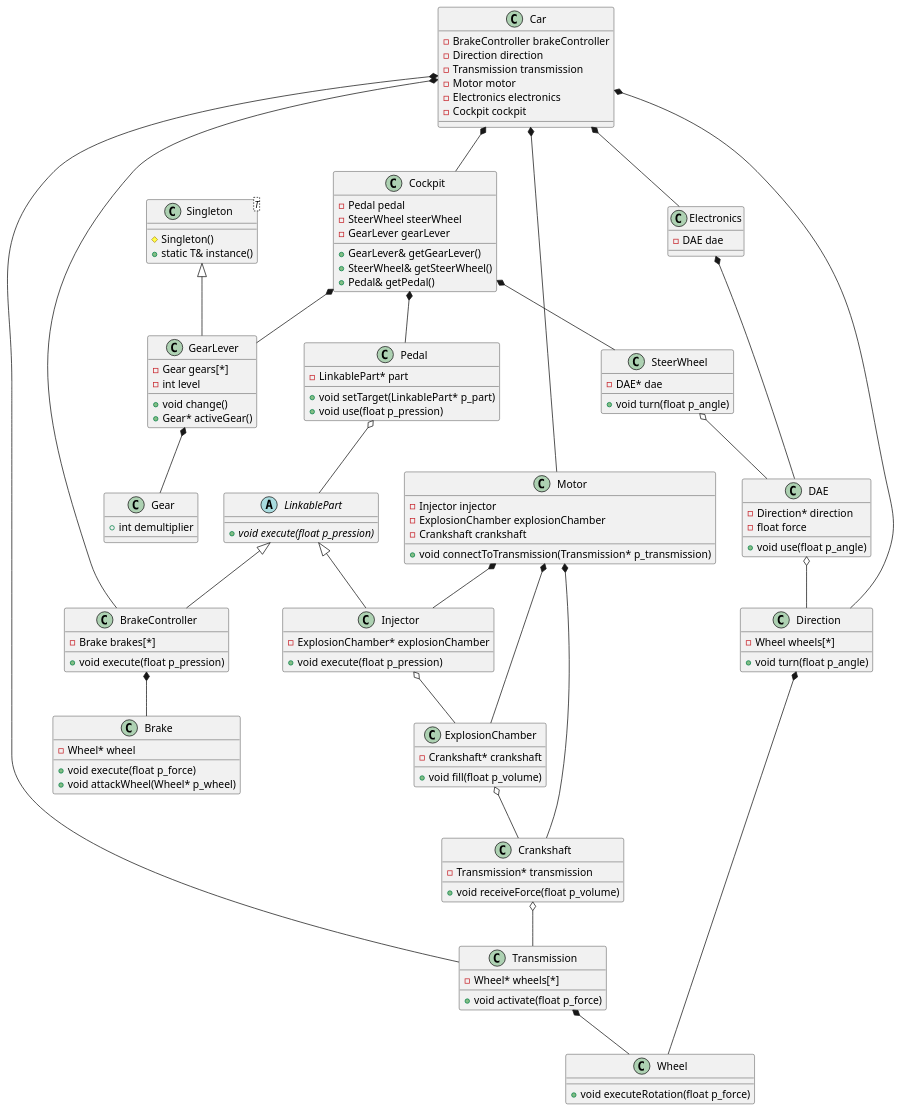
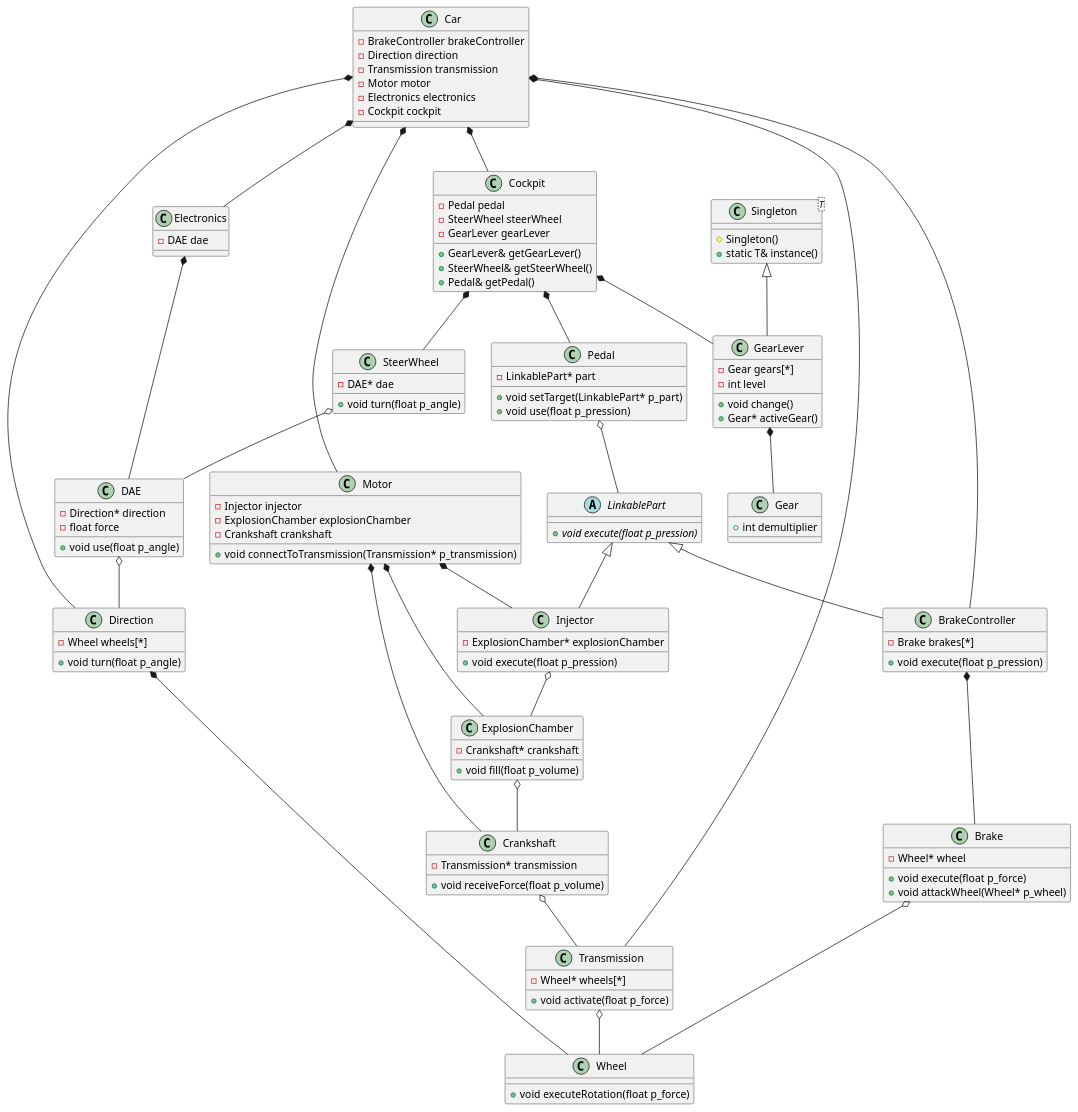
One commit to Scorpionnem/Piscine-Object changed the diagram in Module02/ex00/subject.puml. Above: the diagram before and after it, drawn with PlantUML. The commit also changed 1 other file, not shown here.

```diff
--- a/Module02/ex00/subject.puml
+++ b/Module02/ex00/subject.puml
@@ -1,137 +1,138 @@
 @startuml
 
 abstract class LinkablePart {
     + {abstract} void execute(float p_pression)
 }
 
 class Wheel {
     + void executeRotation(float p_force)
 }
 
 class Gear {
     + int demultiplier
 }
 
 class Singleton<T> {
     # Singleton()
     + static T& instance()
 }
 
 class GearLever {
     + void change()
     + Gear* activeGear()
     - Gear gears[*]
     - int level
 }
 Singleton <|-- GearLever
 
 class Transmission {
     - Wheel* wheels[*]
     + void activate(float p_force)
 }
 
 class Crankshaft {
     - Transmission* transmission
     + void receiveForce(float p_volume)
 }
 
 class ExplosionChamber {
     - Crankshaft* crankshaft
     + void fill(float p_volume)
 }
 
 class Injector {
     - ExplosionChamber* explosionChamber
     + void execute(float p_pression)
 }
 LinkablePart <|-- Injector
 
 class Motor {
     - Injector injector
     - ExplosionChamber explosionChamber
     - Crankshaft crankshaft
     + void connectToTransmission(Transmission* p_transmission)
 }
 
 class Pedal {
     - LinkablePart* part
     + void setTarget(LinkablePart* p_part)
     + void use(float p_pression)
 }
 
 class Direction {
     - Wheel wheels[*]
     + void turn(float p_angle)
 }
 
 class DAE {
     - Direction* direction
     - float force
     + void use(float p_angle)
 }
 
 class SteerWheel {
     - DAE* dae
     + void turn(float p_angle)
 }
 
 class Brake {
     - Wheel* wheel
     + void execute(float p_force)
     + void attackWheel(Wheel* p_wheel)
 }
 
 class BrakeController {
     - Brake brakes[*]
     + void execute(float p_pression)
 }
 LinkablePart <|-- BrakeController
 
 class Cockpit {
     - Pedal pedal
     - SteerWheel steerWheel
     - GearLever gearLever
     + GearLever& getGearLever()
     + SteerWheel& getSteerWheel()
     + Pedal& getPedal()
 }
 
 class Electronics {
     - DAE dae
 }
 
 class Car {
     - BrakeController brakeController
     - Direction direction
     - Transmission transmission
     - Motor motor
     - Electronics electronics
     - Cockpit cockpit
 }
 
 Car *-- Cockpit
 Car *-- Motor
 Car *-- Electronics
 Car *-- Direction
 Car *-- Transmission
 Car *-- BrakeController
 
 GearLever *-- Gear
 Electronics *-- DAE
 Cockpit *-- Pedal
 Cockpit *-- GearLever
 Cockpit *-- SteerWheel
 Motor *-- Injector
 Motor *-- ExplosionChamber
 Motor *-- Crankshaft
 Crankshaft o-- Transmission
 DAE o-- Direction
 SteerWheel o-- DAE
 Pedal o-- LinkablePart
 Injector o-- ExplosionChamber
 ExplosionChamber o-- Crankshaft
-Transmission *-- Wheel
+Transmission o-- Wheel
+Brake o-- Wheel
 Direction *-- Wheel
 BrakeController *-- Brake
 
 @enduml
```
